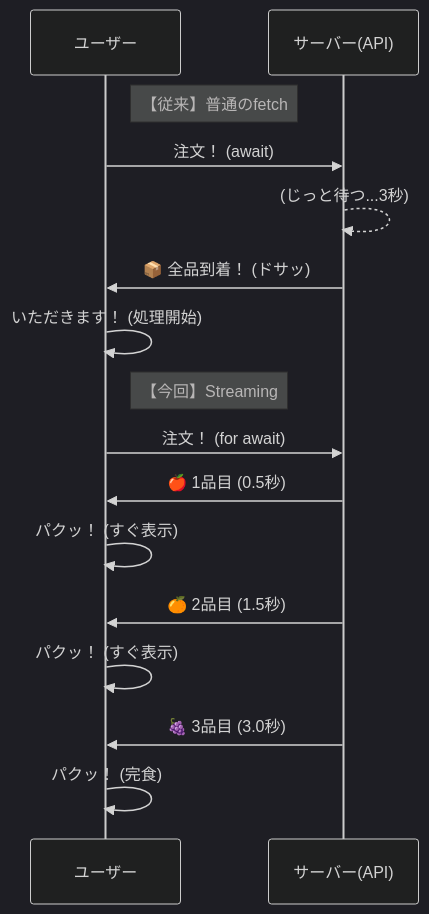
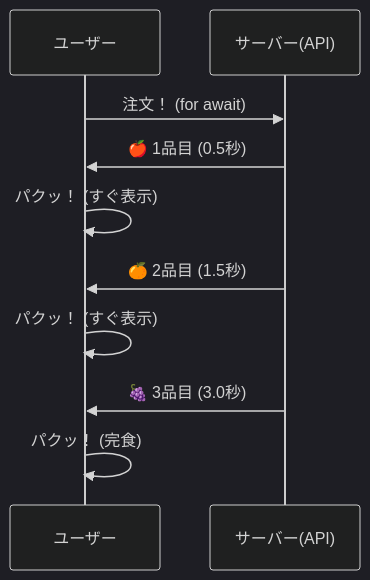
Before and after one commit to komiyamma/site_ichika_study_async_await_fetch: the fourth of 4 diagrams in D13.md, drawn with Mermaid (dark theme). The commit also changed other lines of this file, not shown here.

Commit message:
本編完走！次なるステージへ  の部分にも今回つけくわえた項目をつけたしたほうがいいかも。

````diff
--- a/D13.md
+++ b/D13.md
@@ -380,20 +397,13 @@
 ```mermaid
 sequenceDiagram
     participant User as ユーザー
     participant Server as サーバー(API)
 
-    Note right of User: 【従来】普通のfetch
-    User->>Server: 注文！ (await)
-    Server-->>Server: (じっと待つ...3秒)
-    Server->>User: 📦 全品到着！ (ドサッ)
-    User->>User: いただきます！ (処理開始)
-
-    Note right of User: 【今回】Streaming
     User->>Server: 注文！ (for await)
     Server->>User: 🍎 1品目 (0.5秒)
     User->>User: パクッ！ (すぐ表示)
     Server->>User: 🍊 2品目 (1.5秒)
     User->>User: パクッ！ (すぐ表示)
     Server->>User: 🍇 3品目 (3.0秒)
     User->>User: パクッ！ (完食)
 ```
````
